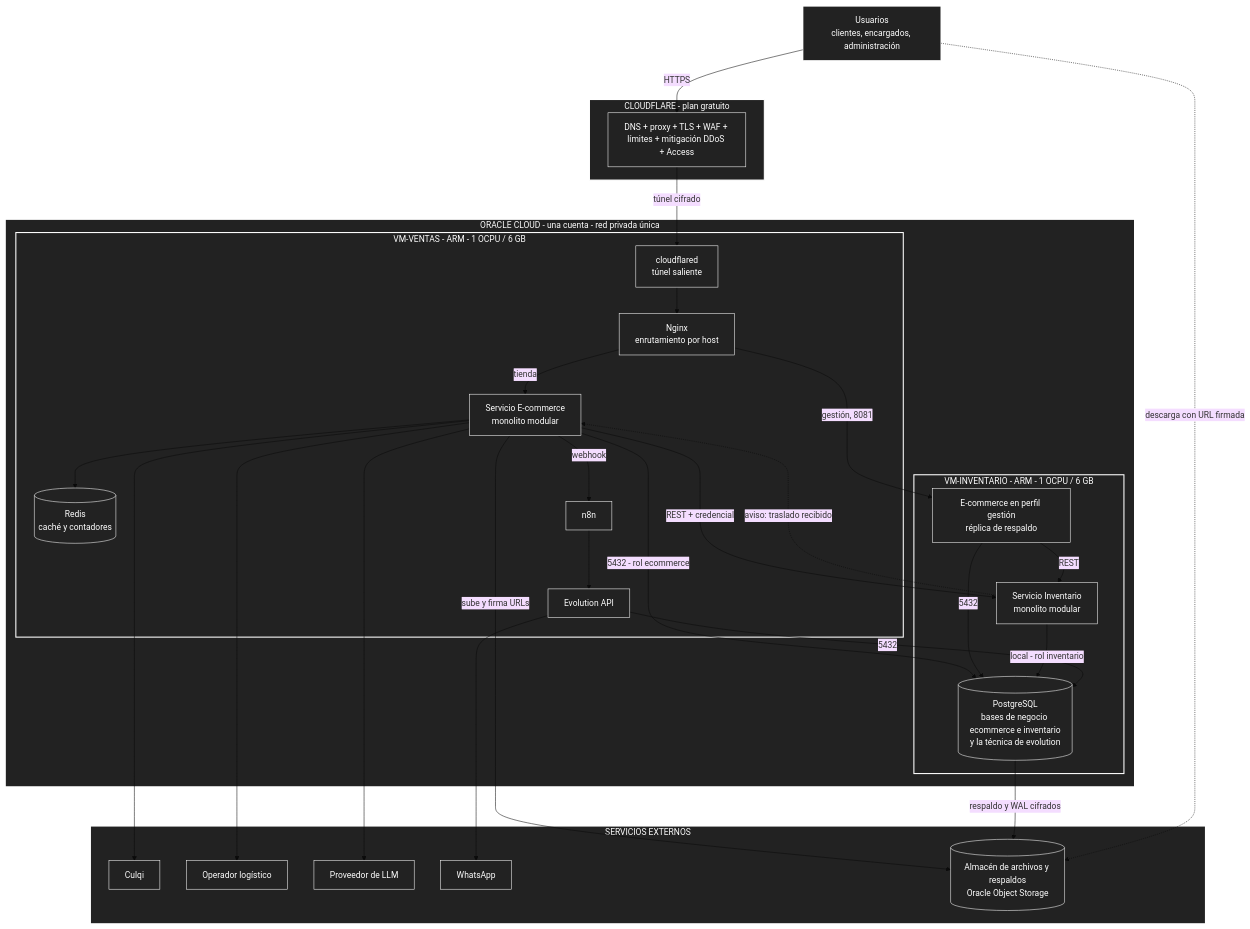
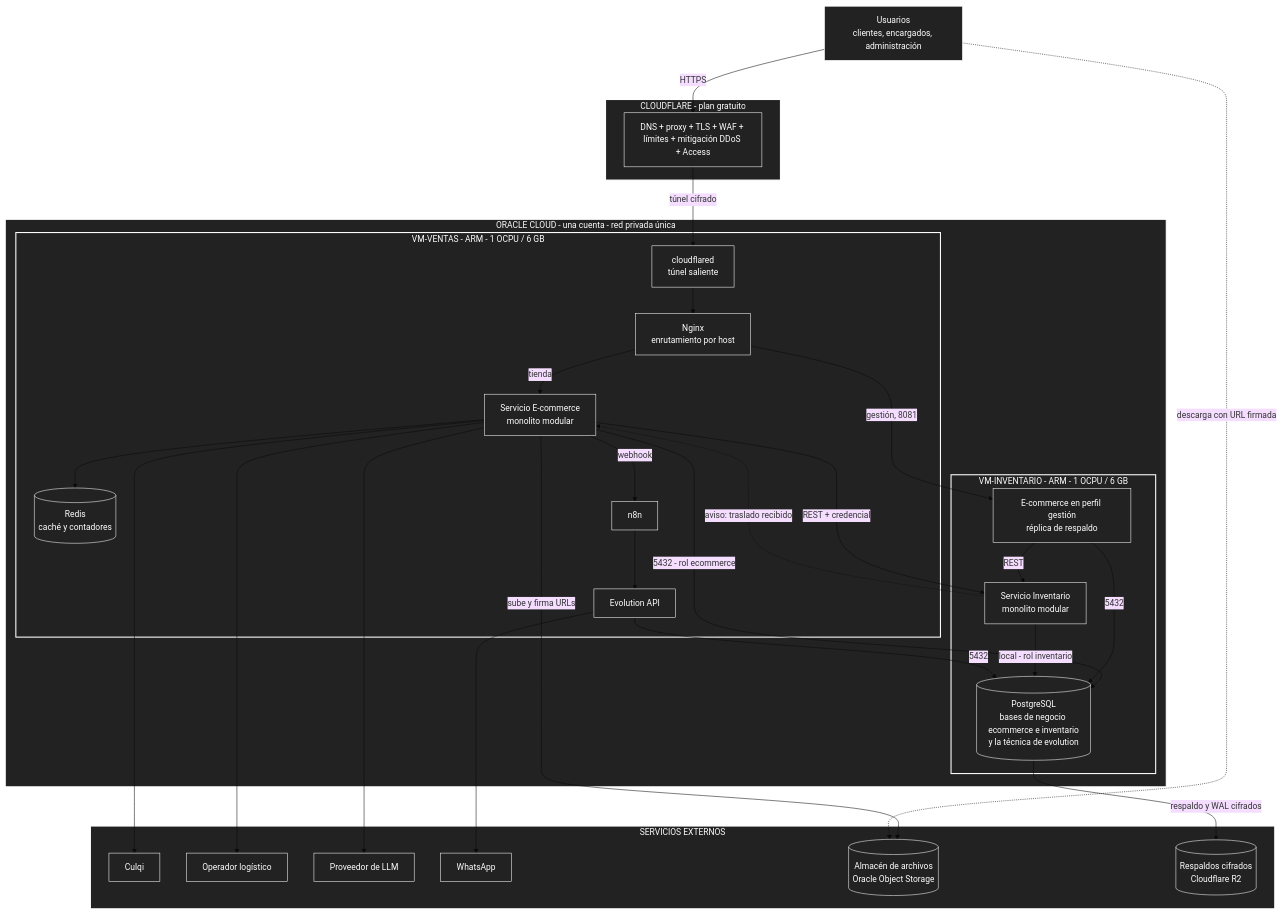
Before and after one commit to P35C4D0R4B1050/BabelHub: the diagram in docs/02-arquitectura-de-software/05-despliegue.md, drawn with Mermaid (base theme). The commit also changed other lines of this file and 75 other files, not shown here.

````diff
--- a/docs/02-arquitectura-de-software/05-despliegue.md
+++ b/docs/02-arquitectura-de-software/05-despliegue.md
@@ -40,77 +40,79 @@
 ```mermaid
 flowchart TD
 USR["Usuarios<br/>clientes, encargados, administración"]
 
 subgraph CF["CLOUDFLARE - plan gratuito"]
 CFE["DNS + proxy + TLS + WAF + límites + mitigación DDoS + Access"]
 end
 
 subgraph OCI["ORACLE CLOUD - una cuenta - red privada única"]
 subgraph VEN["VM-VENTAS - ARM - 1 OCPU / 6 GB"]
 CFD["cloudflared<br/>túnel saliente"]
 NGX["Nginx<br/>enrutamiento por host"]
 ECO["Servicio E-commerce<br/>monolito modular"]
 RED[("Redis<br/>caché y contadores")]
 N8N["n8n"]
 EVO["Evolution API"]
 end
 subgraph INVM["VM-INVENTARIO - ARM - 1 OCPU / 6 GB"]
 INV["Servicio Inventario<br/>monolito modular"]
 GES["E-commerce en perfil gestión<br/>réplica de respaldo"]
 PG[("PostgreSQL<br/>bases de negocio ecommerce e inventario<br/>y la técnica de evolution")]
 end
 end
 
 subgraph EXT["SERVICIOS EXTERNOS"]
 PAG["Culqi"]
 ENV["Operador logístico"]
 LLM["Proveedor de LLM"]
 WA["WhatsApp"]
-ALM[("Almacén de archivos y respaldos<br/>Oracle Object Storage")]
+ALM[("Almacén de archivos<br/>Oracle Object Storage")]
+R2[("Respaldos cifrados<br/>Cloudflare R2")]
 end
 
 USR -->|"HTTPS"| CFE
 CFE -->|"túnel cifrado"| CFD
 CFD --> NGX
 NGX -->|"tienda"| ECO
 NGX -->|"gestión, 8081"| GES
 ECO -->|"REST + credencial"| INV
 GES -->|"REST"| INV
 INV -.->|"aviso: traslado recibido"| ECO
 ECO -->|"5432 - rol ecommerce"| PG
 GES -->|"5432"| PG
 INV -->|"local - rol inventario"| PG
 EVO -->|"5432"| PG
 ECO --> RED
 ECO -->|"webhook"| N8N
 N8N --> EVO
 EVO --> WA
 ECO -->|"sube y firma URLs"| ALM
-PG -->|"respaldo y WAL cifrados"| ALM
+PG -->|"respaldo y WAL cifrados"| R2
 USR -.->|"descarga con URL firmada"| ALM
 ECO --> PAG
 ECO --> ENV
 ECO --> LLM
 
 style CF fill:#222,stroke:#fff,stroke-width:2px,color:#fff
 style OCI fill:#222,stroke:#fff,stroke-width:2px,color:#fff
 style VEN fill:#222,stroke:#fff,stroke-width:2px,color:#fff
 style INVM fill:#222,stroke:#fff,stroke-width:2px,color:#fff
 style EXT fill:#222,stroke:#fff,stroke-width:2px,color:#fff
 style USR fill:#222,stroke:#fff,color:#fff
 style CFE fill:#222,stroke:#fff,color:#fff
 style CFD fill:#222,stroke:#fff,color:#fff
 style NGX fill:#222,stroke:#fff,color:#fff
 style ECO fill:#222,stroke:#fff,color:#fff
 style GES fill:#222,stroke:#fff,color:#fff
 style INV fill:#222,stroke:#fff,color:#fff
 style N8N fill:#222,stroke:#fff,color:#fff
 style EVO fill:#222,stroke:#fff,color:#fff
 style WA fill:#222,stroke:#fff,color:#fff
 style ALM fill:#222,stroke:#fff,color:#fff
+style R2 fill:#222,stroke:#fff,color:#fff
 style RED fill:#222,stroke:#fff,color:#fff
 style PG fill:#222,stroke:#fff,color:#fff
 style PAG fill:#222,stroke:#fff,color:#fff
 style ENV fill:#222,stroke:#fff,color:#fff
 style LLM fill:#222,stroke:#fff,color:#fff
 ```
````
